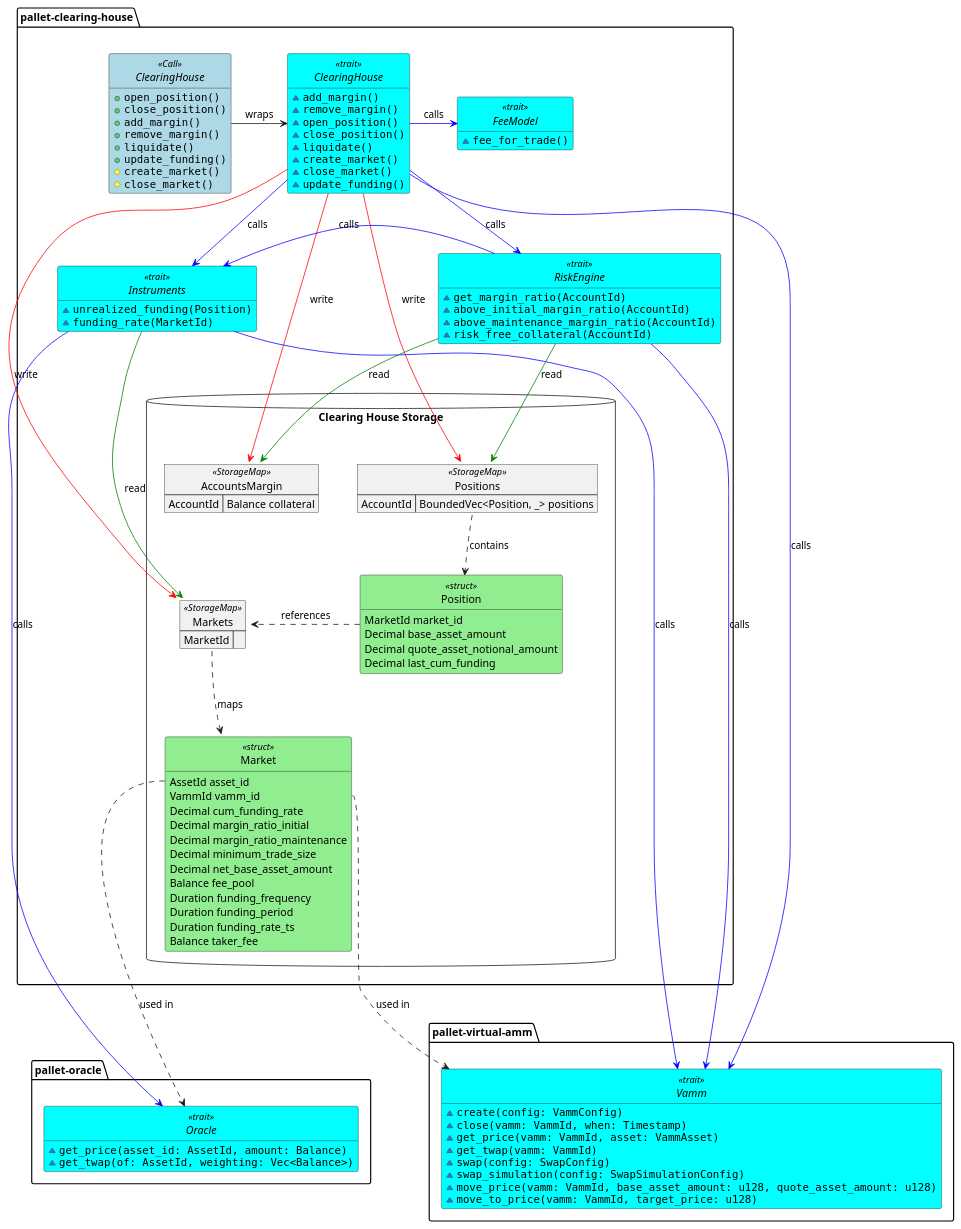
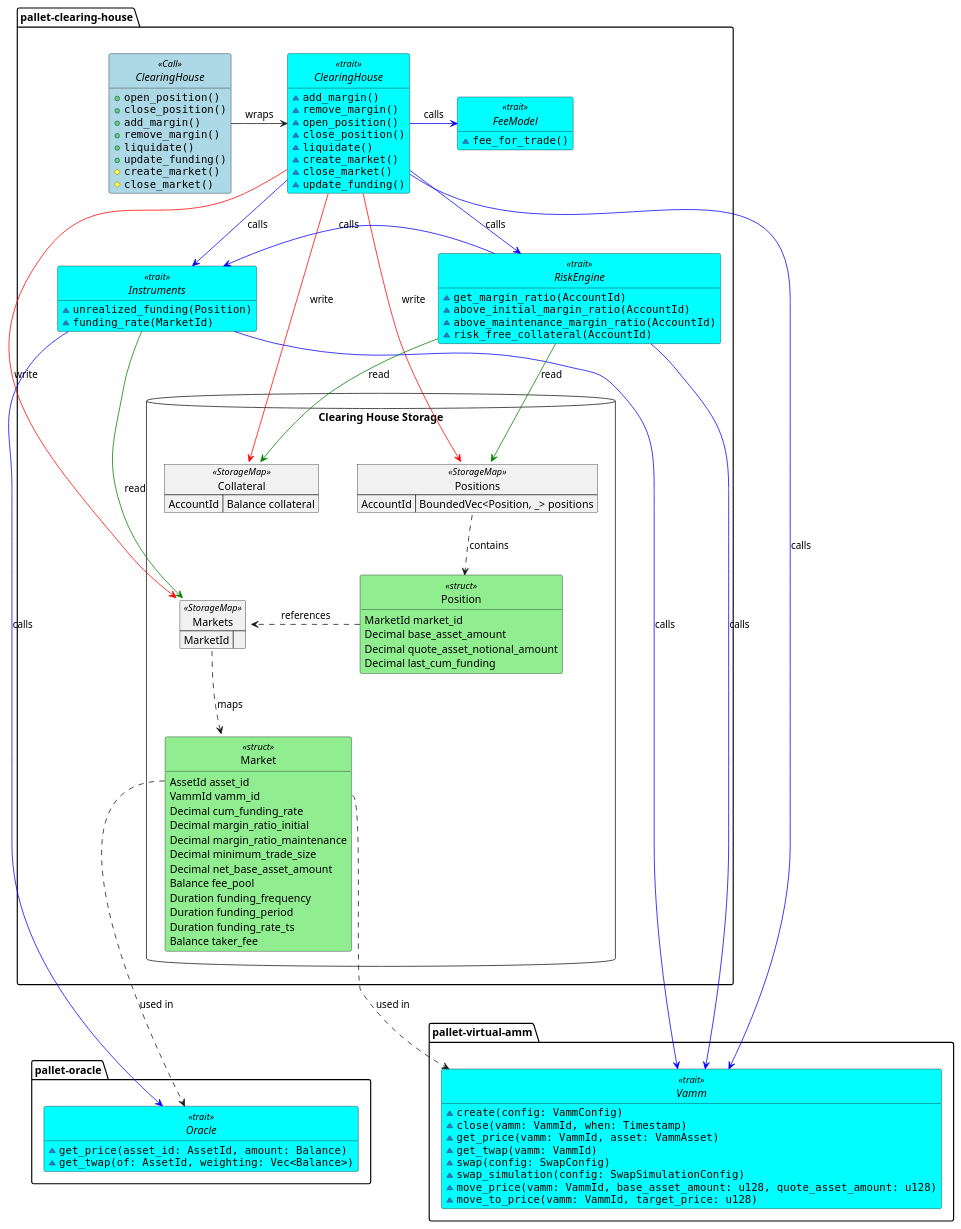
Before and after one commit to ComposableFi/composable: the diagram in frame/clearing-house/diagrams/clearing-house.plantuml, drawn with PlantUML. The commit also changed 11 other files, not shown here.

Commit message:
refactor(CH): separate 'collateral' and 'margin'

```diff
--- a/frame/clearing-house/diagrams/clearing-house.plantuml
+++ b/frame/clearing-house/diagrams/clearing-house.plantuml
@@ -1,160 +1,160 @@
 @startuml clearing-house
 
 <style>
 .struct {
     BackgroundColor LightGreen
 }
 .Call {
     BackgroundColor LightBlue
 }
 .trait {
     BackgroundColor Cyan
 }
 </style>
 
 package "pallet-clearing-house" {
     interface ClearingHouse <<Call>> {
         + ""open_position()""
         + ""close_position()""
         + ""add_margin()""
         + ""remove_margin()""
         + ""liquidate()""
         + ""update_funding()""
         # ""create_market()""
         # ""close_market()""
     }
 
     interface "ClearingHouse" as CH <<trait>> {
         ~ ""add_margin()""
         ~ ""remove_margin()""
         ~ ""open_position()""
         ~ ""close_position()""
         ~ ""liquidate()""
         ~ ""create_market()""
         ~ ""close_market()""
         ~ ""update_funding()""
     }
     
     interface "RiskEngine" as RETrait <<trait>> {
         ~ ""get_margin_ratio(AccountId)""
         ~ ""above_initial_margin_ratio(AccountId)""
         ~ ""above_maintenance_margin_ratio(AccountId)""
         ~ ""risk_free_collateral(AccountId)""
         '~ get_free_collateral()
     }
     
     interface "Instruments" as ITrait <<trait>> {
         ~ ""unrealized_funding(Position)""
         ~ ""funding_rate(MarketId)""
     }
 
     interface "FeeModel" as FTrait <<trait>> {
         ~ ""fee_for_trade()""
     }
 
     database "Clearing House Storage" {
-        map "AccountsMargin" as MarginAccounts <<StorageMap>> {
+        map "Collateral" as MarginAccounts <<StorageMap>> {
             AccountId => Balance collateral
         }
 
         map Positions <<StorageMap>> {
             AccountId => BoundedVec<Position, _> positions
         }
 
         map Markets <<StorageMap>> {
             MarketId =>
         }
 
         class Position <<struct>> {
             MarketId market_id
             Decimal base_asset_amount
             Decimal quote_asset_notional_amount
             Decimal last_cum_funding
         }
 
         class Market <<struct>> {
             AssetId asset_id
             VammId vamm_id
             Decimal cum_funding_rate
             Decimal margin_ratio_initial
             Decimal margin_ratio_maintenance
             Decimal minimum_trade_size
             Decimal net_base_asset_amount
             Balance fee_pool
             Duration funding_frequency
             Duration funding_period
             Duration funding_rate_ts
             Balance taker_fee
         }
     }
 }
 
 package "pallet-virtual-amm" {
     interface "Vamm" as vAmm <<trait>> {
         ~ ""create(config: VammConfig)""
         ~ ""close(vamm: VammId, when: Timestamp)""
         ~ ""get_price(vamm: VammId, asset: VammAsset)""
         ~ ""get_twap(vamm: VammId)""
         ~ ""swap(config: SwapConfig)""
         ~ ""swap_simulation(config: SwapSimulationConfig)""
         ~ ""move_price(vamm: VammId, base_asset_amount: u128, quote_asset_amount: u128)""
         ~ ""move_to_price(vamm: VammId, target_price: u128)""
     }
 }
 
 package "pallet-oracle" {
     interface Oracle <<trait>> {
         ~ ""get_price(asset_id: AssetId, amount: Balance)""
         ~ ""get_twap(of: AssetId, weighting: Vec<Balance>)""
     }
 }
 
 hide empty members
 hide circle
 
 '================== Storage relationships
 Markets ..down> Market : maps
 Market::vamm_id ..> vAmm : used in
 Market::asset_id ..> Oracle : used in
 
 Positions::positions ..down> Position: contains
 Position ..right> Markets : references
 
 '================== Control flow relationships             
 ClearingHouse -> CH : wraps
 
 CH -[#blue]-> ITrait : calls
 
 'add_margin
 'remove_margin
 CH -[#red]-> MarginAccounts : write
 
 'create_market
 'close_market
 CH -[#red]-> Markets : write
 
 'remove_margin
 CH -[#blue]-> RETrait : calls
 
 'open_position
 'close_position
 'liquidate
 CH -[#red]-> Positions : write
 CH -[#blue]right> FTrait : calls
 
 'open_position
 'close_position
 CH -[#blue]-> vAmm : calls
 
 'update_funding
 ITrait -[#green]-> Markets : read
 ITrait -[#blue]-> Oracle : calls
 ITrait -[#blue]-> vAmm : calls
 
 'get_margin_ratio
 RETrait -[#green]-> MarginAccounts : read
 RETrait -[#green]-> Positions : read
 RETrait -left[#blue]> ITrait : calls
 RETrait -[#blue]-> vAmm : calls
 
 @enduml
```
